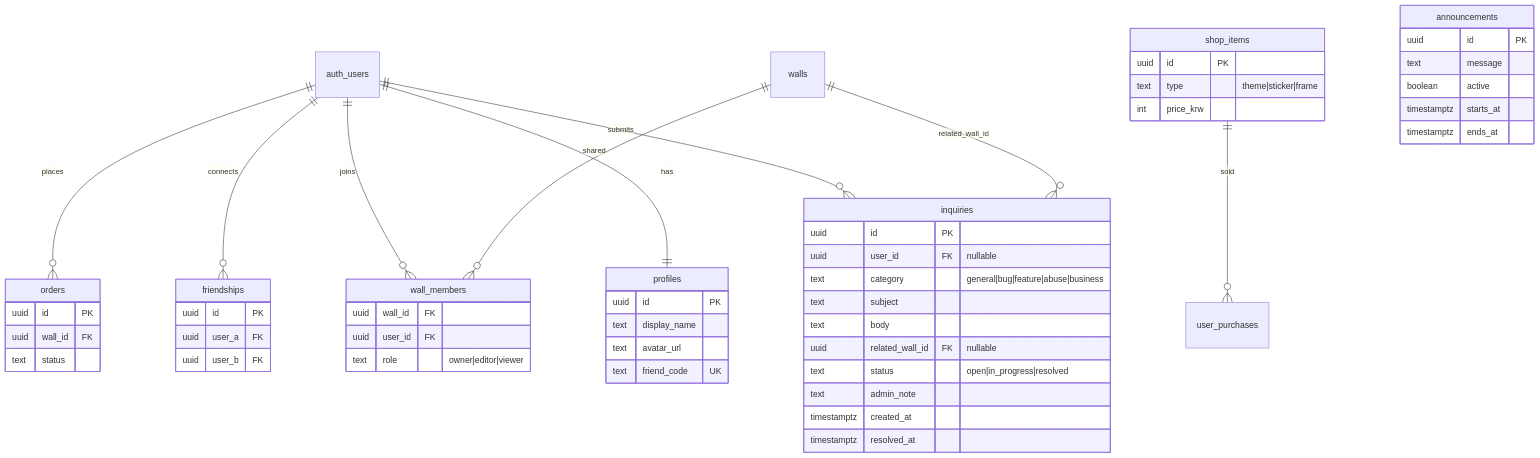
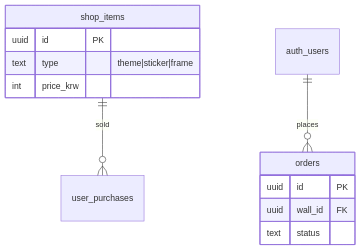
The second of 2 diagrams in PROJECT.md (KeunwooKim/PhotoWall), drawn with Mermaid before and after one commit. The commit also changed other lines of this file and 32 other files, not shown here.

````diff
--- a/PROJECT.md
+++ b/PROJECT.md
@@ -496,63 +474,17 @@
 ```mermaid
 erDiagram
-    auth_users ||--o{ inquiries : submits
-    walls ||--o{ inquiries : "related_wall_id"
-    auth_users ||--|| profiles : has
-    auth_users ||--o{ friendships : connects
-    auth_users ||--o{ wall_members : joins
-    walls ||--o{ wall_members : shared
     shop_items ||--o{ user_purchases : sold
     auth_users ||--o{ orders : places
-
-    profiles {
-        uuid id PK
-        text display_name
-        text avatar_url
-        text friend_code UK
-    }
-
-    friendships {
-        uuid id PK
-        uuid user_a FK
-        uuid user_b FK
-    }
-
-    wall_members {
-        uuid wall_id FK
-        uuid user_id FK
-        text role "owner|editor|viewer"
-    }
 
     shop_items {
         uuid id PK
         text type "theme|sticker|frame"
         int price_krw
     }
 
     orders {
         uuid id PK
         uuid wall_id FK
         text status
     }
-
-    inquiries {
-        uuid id PK
-        uuid user_id FK "nullable"
-        text category "general|bug|feature|abuse|business"
-        text subject
-        text body
-        uuid related_wall_id FK "nullable"
-        text status "open|in_progress|resolved"
-        text admin_note
-        timestamptz created_at
-        timestamptz resolved_at
-    }
-
-    announcements {
-        uuid id PK
-        text message
-        boolean active
-        timestamptz starts_at
-        timestamptz ends_at
-    }
 ```
````
